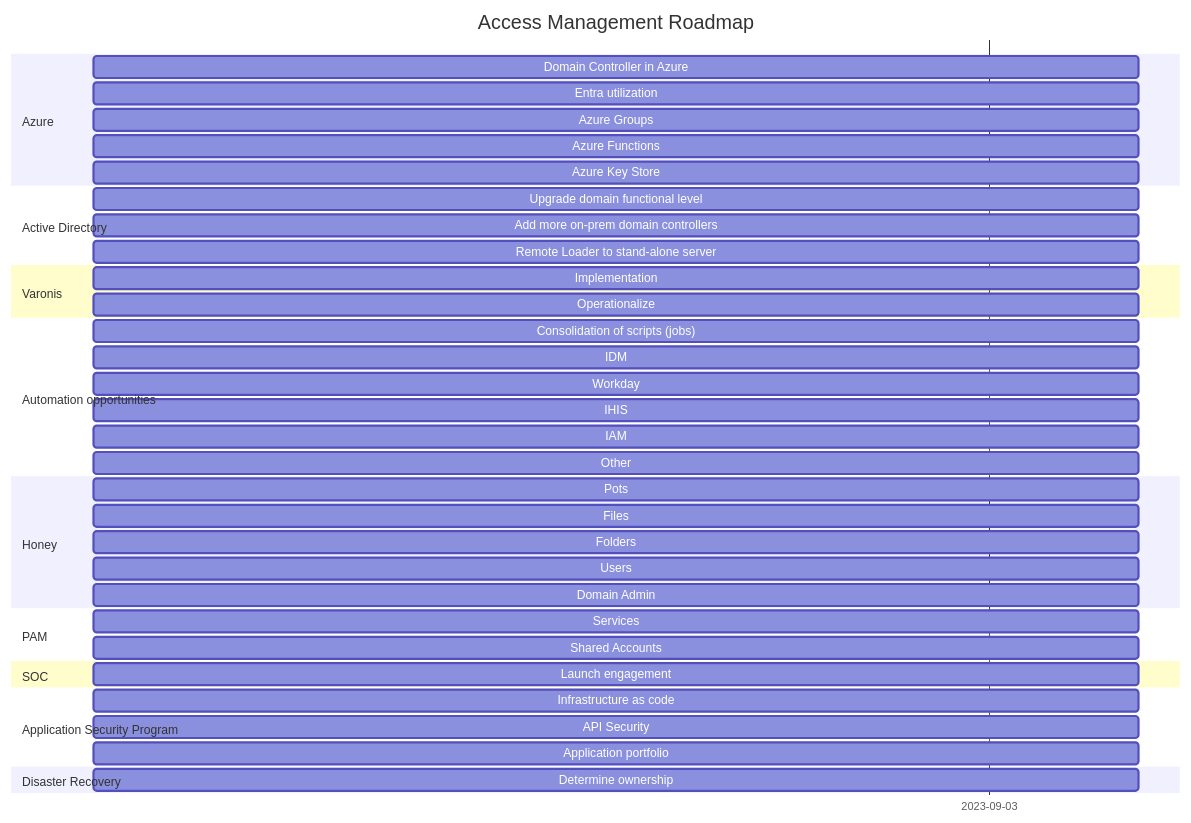
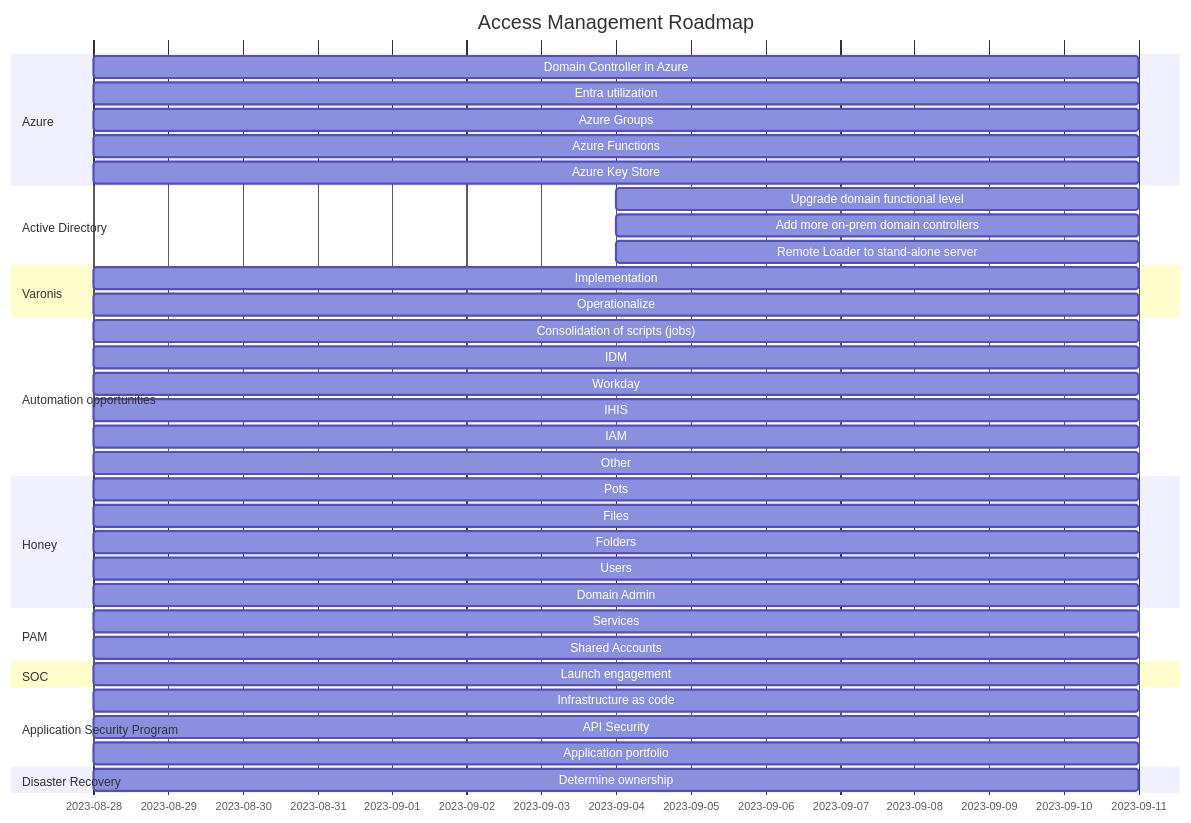
The diagram in AccessManagement.md (stahler/MermaidDiagrams), drawn with Mermaid before and after one commit.

Commit message:
Modify date

````diff
--- a/AccessManagement.md
+++ b/AccessManagement.md
@@ -1,56 +1,55 @@
 ```mermaid
 
 gantt
     title Access Management Roadmap
     dateFormat  YYYY-MM-DD
-    tickinterval 1week
     todayMarker on
     %% excludes    Weekends
     
 section Azure
-Domain Controller in Azure                  :      2023-08-28, 1w
-Entra utilization                           :p1,   2023-08-28, 1w
-Azure Groups                                :p2,   2023-08-28, 1w
-Azure Functions                             :p3,   2023-08-28, 1w
-Azure Key Store                             :p4,   2023-08-28, 1w
+Domain Controller in Azure                  :      2023-08-28, 2w
+Entra utilization                           :p1,   2023-08-28, 2w
+Azure Groups                                :p2,   2023-08-28, 2w
+Azure Functions                             :p3,   2023-08-28, 2w
+Azure Key Store                             :p4,   2023-08-28, 2w
 
 section Active Directory                    
-Upgrade domain functional level             :p6,   2023-08-28, 1w
-Add more on-prem domain controllers         :p7,   2023-08-28, 1w
-Remote Loader to stand-alone server         :p8,   2023-08-28, 1w
+Upgrade domain functional level             :p6,   2023-09-04, 1w
+Add more on-prem domain controllers         :p7,   2023-09-04, 1w
+Remote Loader to stand-alone server         :p8,   2023-09-04, 1w
 
 section Varonis
-Implementation                              :p9,  2023-08-28, 1w
-Operationalize                              :p10, 2023-08-28, 1w
+Implementation                              :p9,  2023-08-28, 2w
+Operationalize                              :p10, 2023-08-28, 2w
 
 section Automation opportunities
-Consolidation of scripts (jobs)             :p11, 2023-08-28, 1w
-IDM                                         :p12, 2023-08-28, 1w
-Workday                                     :p13, 2023-08-28, 1w
-IHIS                                        :p14, 2023-08-28, 1w
-IAM                                         :p15, 2023-08-28, 1w
-Other                                       :p16, 2023-08-28, 1w
+Consolidation of scripts (jobs)             :p11, 2023-08-28, 2w
+IDM                                         :p12, 2023-08-28, 2w
+Workday                                     :p13, 2023-08-28, 2w
+IHIS                                        :p14, 2023-08-28, 2w
+IAM                                         :p15, 2023-08-28, 2w
+Other                                       :p16, 2023-08-28, 2w
 
 section Honey
-Pots                                        :p17, 2023-08-28, 1w
-Files                                       :p18, 2023-08-28, 1w
-Folders                                     :p19, 2023-08-28, 1w
-Users                                       :p20, 2023-08-28, 1w
-Domain Admin                                :p21, 2023-08-28, 1w
+Pots                                        :p17, 2023-08-28, 2w
+Files                                       :p18, 2023-08-28, 2w
+Folders                                     :p19, 2023-08-28, 2w
+Users                                       :p20, 2023-08-28, 2w
+Domain Admin                                :p21, 2023-08-28, 2w
 
 section PAM
-Services                                    :p22, 2023-08-28, 1w
-Shared Accounts                             :p23, 2023-08-28, 1w
+Services                                    :p22, 2023-08-28, 2w
+Shared Accounts                             :p23, 2023-08-28, 2w
 
 section SOC
-Launch engagement                           :p24, 2023-08-28, 1w
+Launch engagement                           :p24, 2023-08-28, 2w
 
 section Application Security Program
-Infrastructure as code                      :p25, 2023-08-28, 1w
-API Security                                :p26, 2023-08-28, 1w
-Application portfolio                       :p27, 2023-08-28, 1w
+Infrastructure as code                      :p25, 2023-08-28, 2w
+API Security                                :p26, 2023-08-28, 2w
+Application portfolio                       :p27, 2023-08-28, 2w
 
 section Disaster Recovery
-Determine ownership                         :p28, 2023-08-28, 1w
+Determine ownership                         :p28, 2023-08-28, 2w
 
 ```
````
